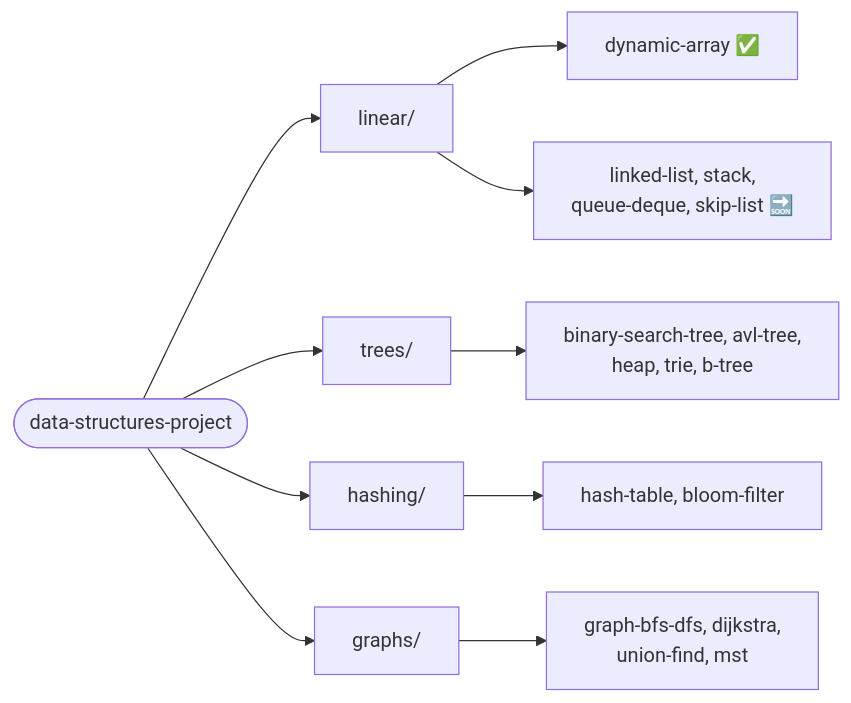
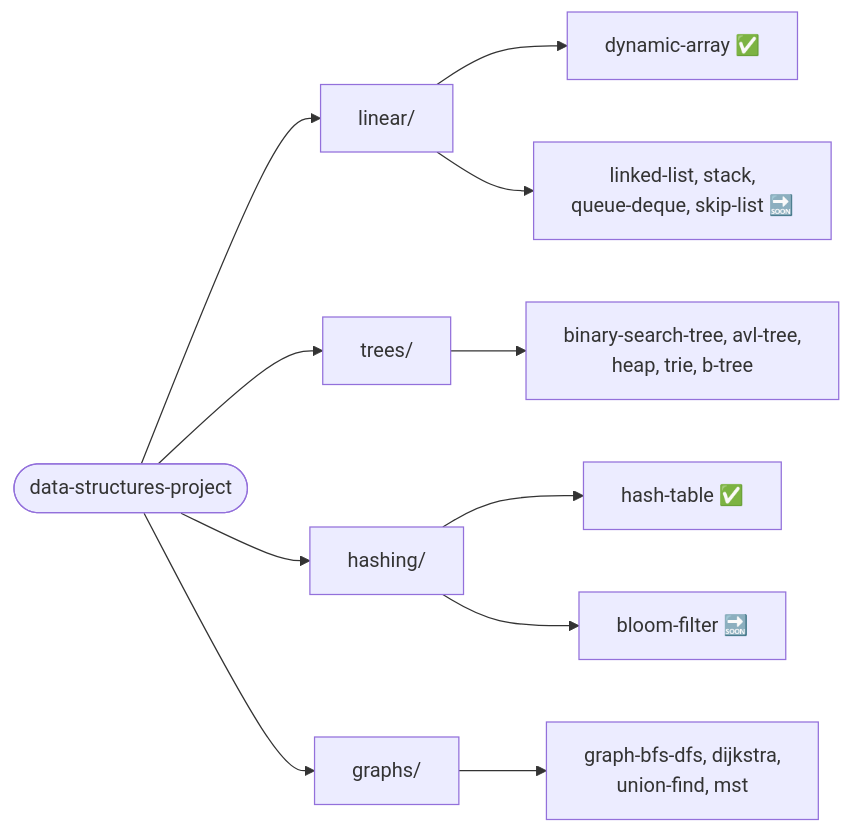
The diagram in README.md (leon-lourenco/data-structures-project), drawn with Mermaid before and after one commit. The commit also changed other lines of this file and 7 other files, not shown here.

First line of the commit message:
Add Hash Table module: PIX idempotency-key cache

````diff
--- a/README.md
+++ b/README.md
@@ -62,12 +62,13 @@
 ```mermaid
 flowchart LR
     Root(["data-structures-project"]) --> Linear["linear/"]
     Root --> Trees["trees/"]
     Root --> Hashing["hashing/"]
     Root --> Graphs["graphs/"]
     Linear --> DynamicArray["dynamic-array ✅"]
     Linear --> LinearRest["linked-list, stack,\nqueue-deque, skip-list 🔜"]
     Trees --> TreesMods["binary-search-tree, avl-tree,\nheap, trie, b-tree"]
-    Hashing --> HashingMods["hash-table, bloom-filter"]
+    Hashing --> HashTable["hash-table ✅"]
+    Hashing --> HashingRest["bloom-filter 🔜"]
     Graphs --> GraphsMods["graph-bfs-dfs, dijkstra,\nunion-find, mst"]
 ```
````
